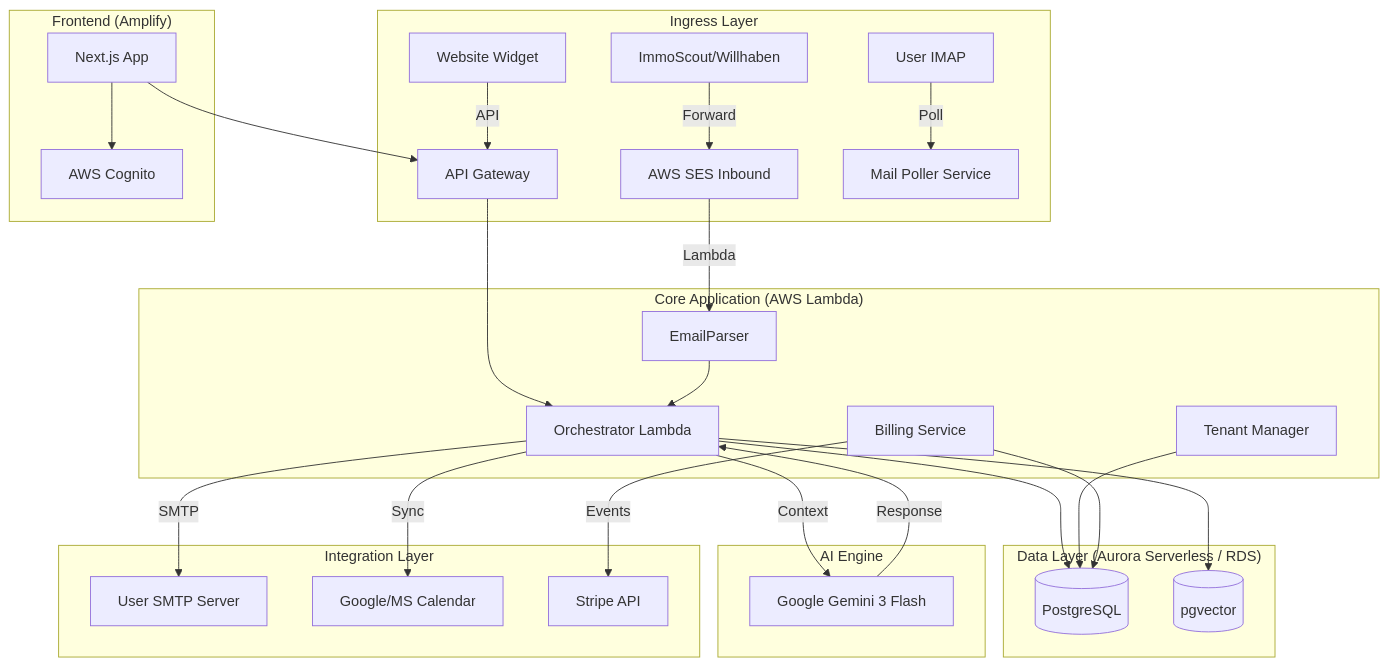
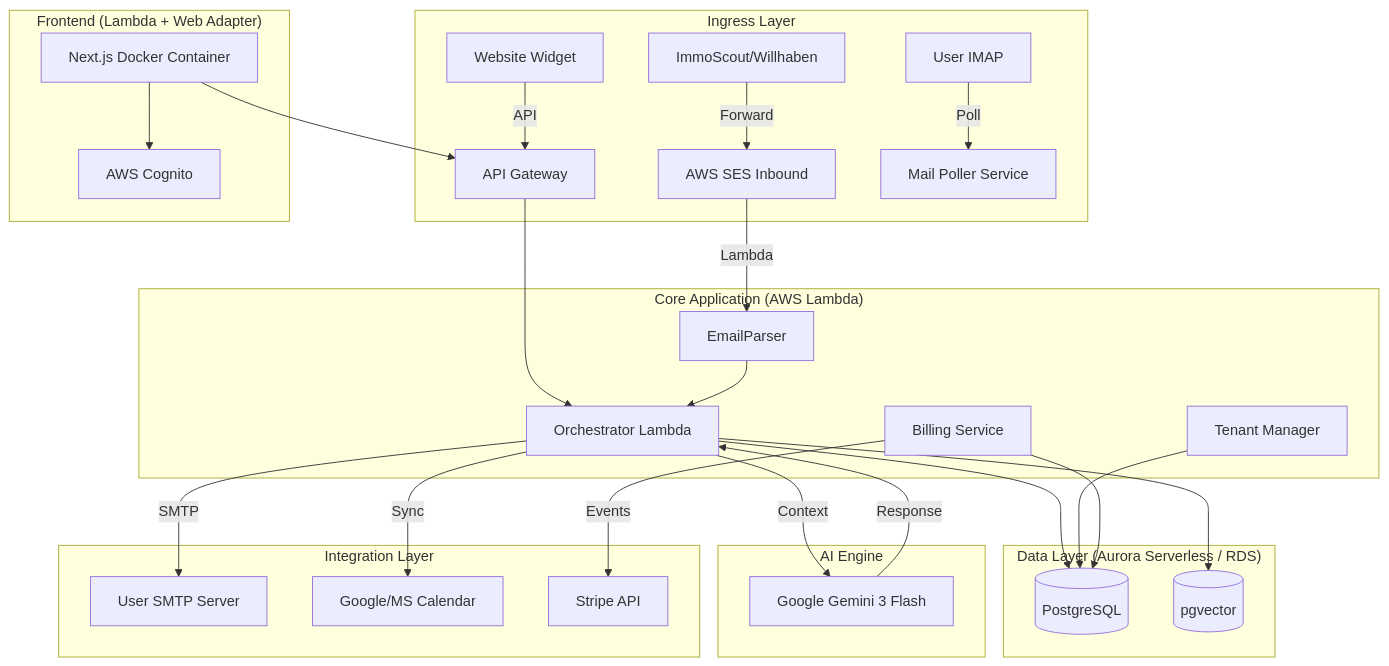
Before and after one commit to option-ai-aut/neuroconcepts: the diagram in docs/ARCHITECTURE.md, drawn with Mermaid. The commit also changed other lines of this file and 4 other files, not shown here.

Commit message:
docs: update documentation to reflect new AWS Lambda architecture

````diff
--- a/docs/ARCHITECTURE.md
+++ b/docs/ARCHITECTURE.md
@@ -7,44 +7,44 @@
 ```mermaid
 graph TD
     subgraph "Ingress Layer"
         Portal[ImmoScout/Willhaben] -->|Forward| SES[AWS SES Inbound]
         Web[Website Widget] -->|API| API[API Gateway]
         UserMail[User IMAP] -->|Poll| Poller[Mail Poller Service]
     end
 
     subgraph "Core Application (AWS Lambda)"
         API --> Orchestrator
         SES -->|Lambda| EmailParser
         EmailParser --> Orchestrator
         
         Orchestrator[Orchestrator Lambda]
         TenantMgr[Tenant Manager]
         Billing[Billing Service]
     end
 
     subgraph "Data Layer (Aurora Serverless / RDS)"
         DB[(PostgreSQL)]
         Vector[(pgvector)]
     end
 
     subgraph "AI Engine"
         Orchestrator -->|Context| Gemini[Google Gemini 3 Flash]
         Gemini -->|Response| Orchestrator
     end
 
     subgraph "Integration Layer"
         Orchestrator -->|SMTP| UserSMTP[User SMTP Server]
         Orchestrator -->|Sync| Cal[Google/MS Calendar]
         Billing -->|Events| Stripe[Stripe API]
     end
 
-    subgraph "Frontend (Amplify)"
-        NextJS[Next.js App] --> API
+    subgraph "Frontend (Lambda + Web Adapter)"
+        NextJS[Next.js Docker Container] --> API
         NextJS --> Cognito[AWS Cognito]
     end
 
     Orchestrator --> DB
     Orchestrator --> Vector
     TenantMgr --> DB
     Billing --> DB
 ```
````
